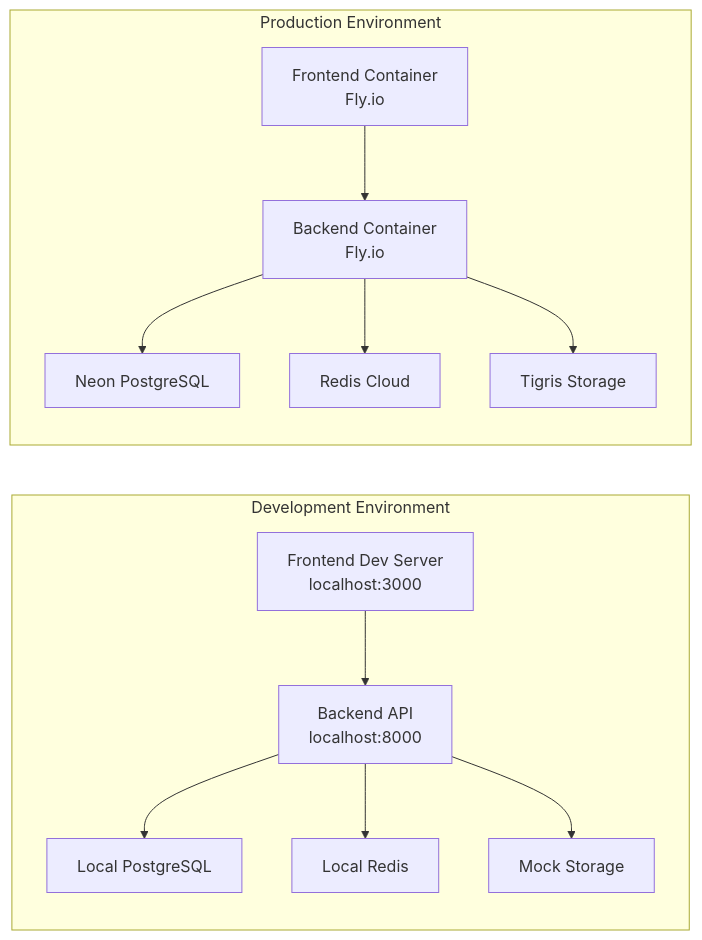
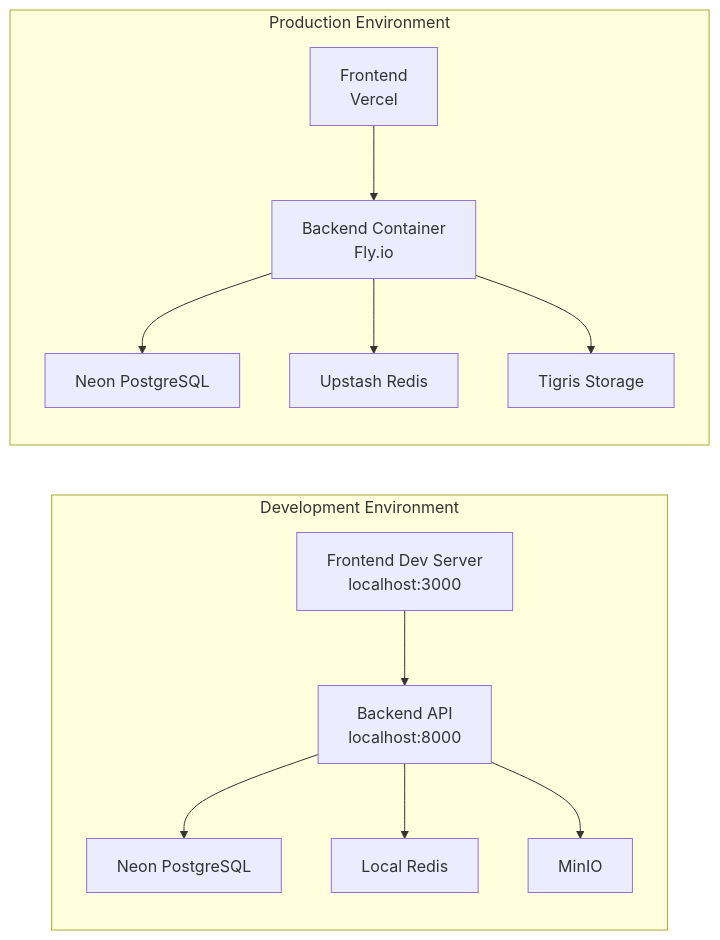
Before and after one commit to gofrolist/calorie-track-ai-bot-api: the ninth of 14 diagrams in docs/ARCHITECTURE.md, drawn with Mermaid. The commit also changed other lines of this file and 49 other files, not shown here.

First line of the commit message:
docs: align documentation with current code and architecture

````diff
--- a/docs/ARCHITECTURE.md
+++ b/docs/ARCHITECTURE.md
@@ -482,28 +491,28 @@
 ```mermaid
 graph LR
     subgraph "Development Environment"
         DEV_FE[Frontend Dev Server<br/>localhost:3000]
         DEV_API[Backend API<br/>localhost:8000]
-        DEV_DB[Local PostgreSQL]
+        DEV_DB[Neon PostgreSQL]
         DEV_REDIS[Local Redis]
-        DEV_S3[Mock Storage]
+        DEV_S3[MinIO]
     end
 
     subgraph "Production Environment"
-        PROD_FE[Frontend Container<br/>Fly.io]
+        PROD_FE[Frontend<br/>Vercel]
         PROD_API[Backend Container<br/>Fly.io]
         PROD_DB[Neon PostgreSQL]
-        PROD_REDIS[Redis Cloud]
+        PROD_REDIS[Upstash Redis]
         PROD_S3[Tigris Storage]
     end
 
     DEV_FE --> DEV_API
     DEV_API --> DEV_DB
     DEV_API --> DEV_REDIS
     DEV_API --> DEV_S3
 
     PROD_FE --> PROD_API
     PROD_API --> PROD_DB
     PROD_API --> PROD_REDIS
     PROD_API --> PROD_S3
 ```
````
